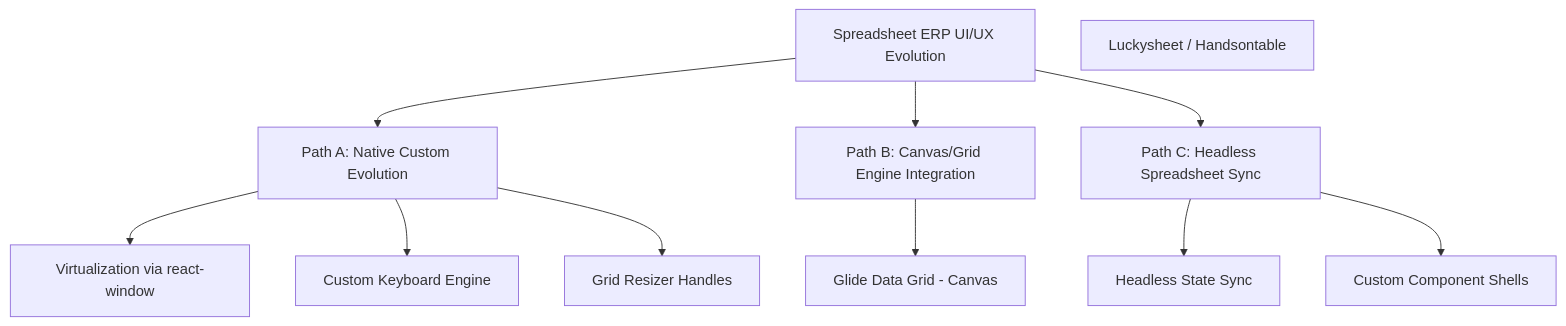
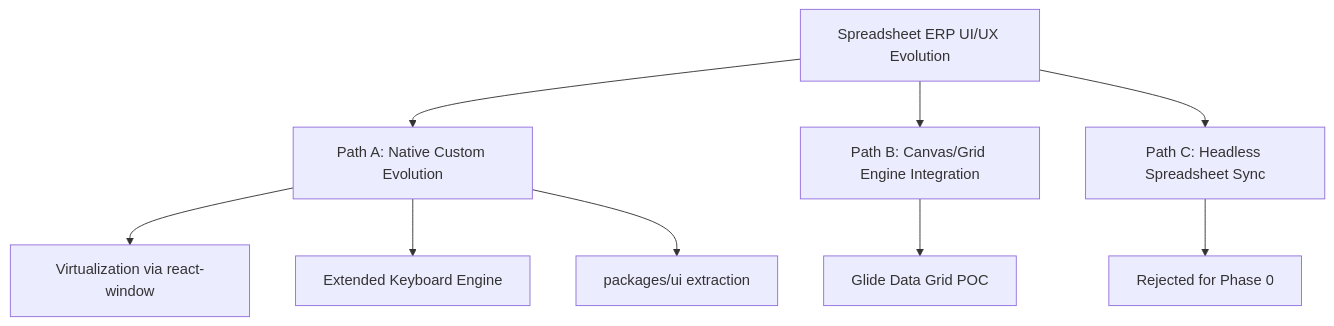
Before and after one commit to ROMUSKING/spread: the diagram in docs/review/ui_ux_alternative_development_paths.md, drawn with Mermaid. The commit also changed other lines of this file and 90 other files, not shown here.

````diff
--- a/docs/review/ui_ux_alternative_development_paths.md
+++ b/docs/review/ui_ux_alternative_development_paths.md
@@ -39,16 +47,14 @@
 ```mermaid
 graph TD
     Start[Spreadsheet ERP UI/UX Evolution] --> PathA[Path A: Native Custom Evolution]
     Start --> PathB[Path B: Canvas/Grid Engine Integration]
     Start --> PathC[Path C: Headless Spreadsheet Sync]
 
     PathA --> A1[Virtualization via react-window]
-    PathA --> A2[Custom Keyboard Engine]
-    PathA --> A3[Grid Resizer Handles]
+    PathA --> A2[Extended Keyboard Engine]
+    PathA --> A3[packages/ui extraction]
 
-    PathB --> B1[Glide Data Grid - Canvas]
-    B2[Luckysheet / Handsontable]
+    PathB --> B1[Glide Data Grid POC]
 
-    PathC --> C1[Headless State Sync]
-    PathC --> C2[Custom Component Shells]
+    PathC --> C1[Rejected for Phase 0]
 ```
````
